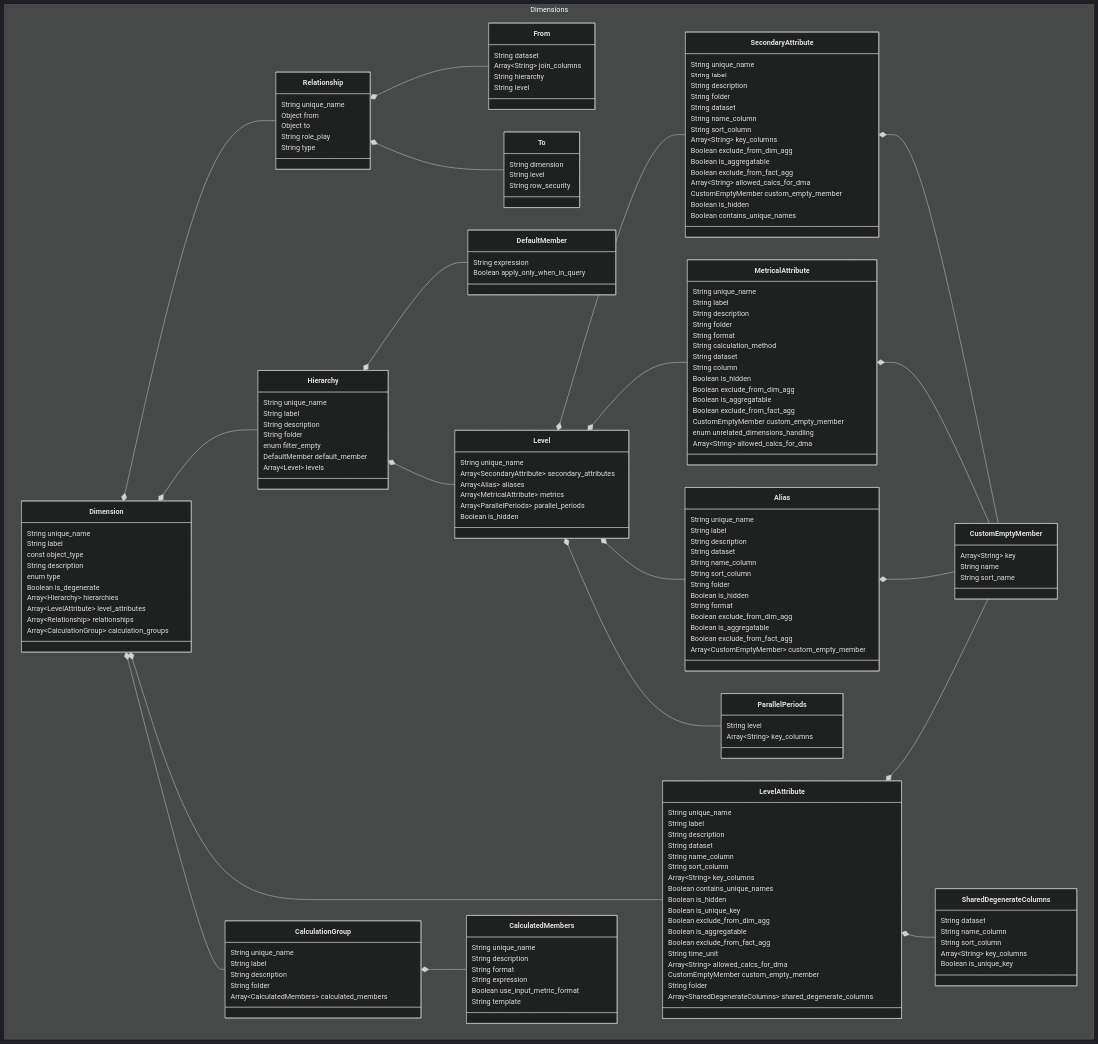
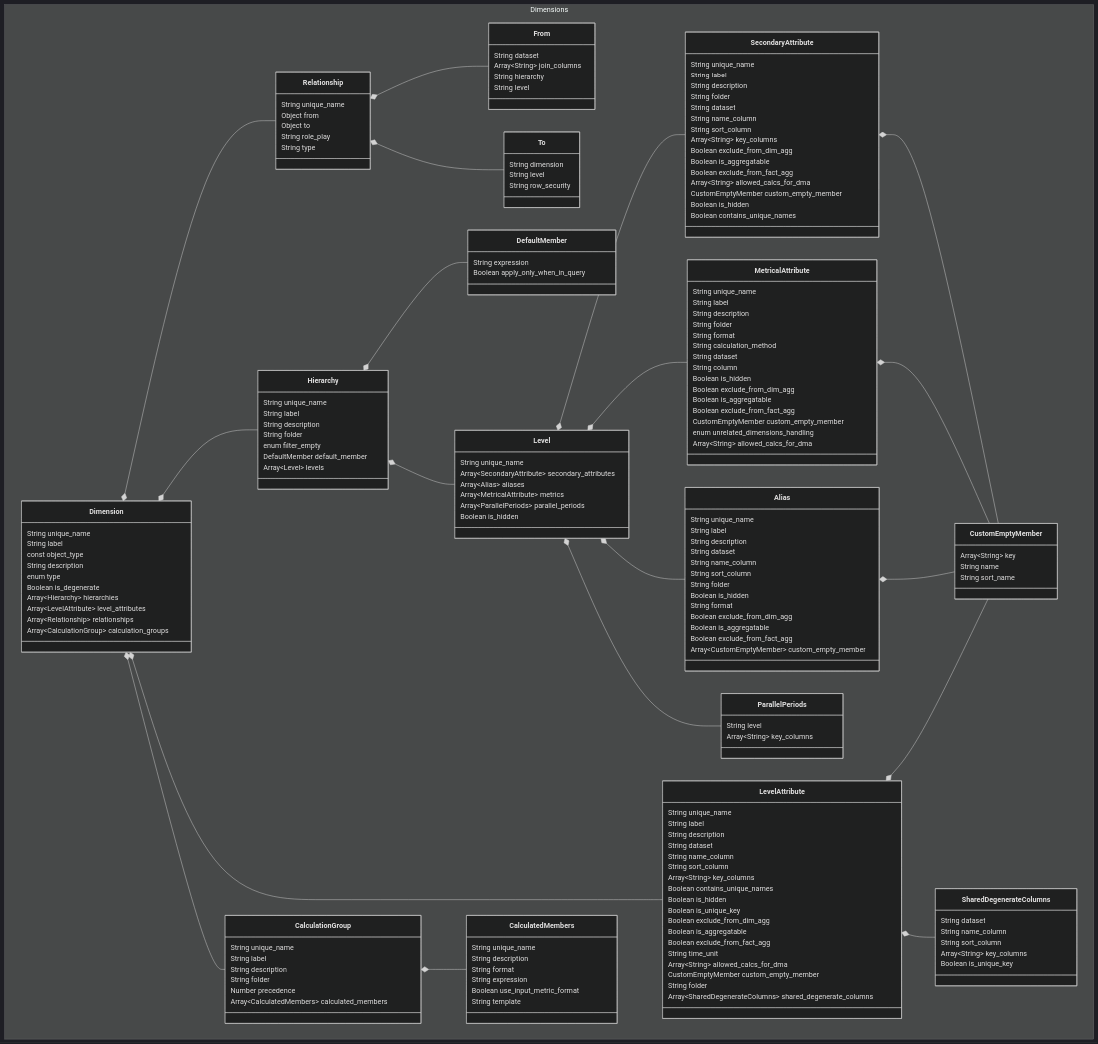
The diagram in sml-reference/dimension.md (semanticdatalayer/SML), drawn with Mermaid (dark theme) before and after one commit. The commit also changed other lines of this file, not shown here.

Commit message:
add precedence property in calc group

```diff
--- a/sml-reference/dimension.md
+++ b/sml-reference/dimension.md
@@ -308,6 +308,7 @@
       String label
       String description
       String folder
+      Number precedence
       Array~CalculatedMembers~ calculated_members
     }
     class CalculatedMembers{
```
